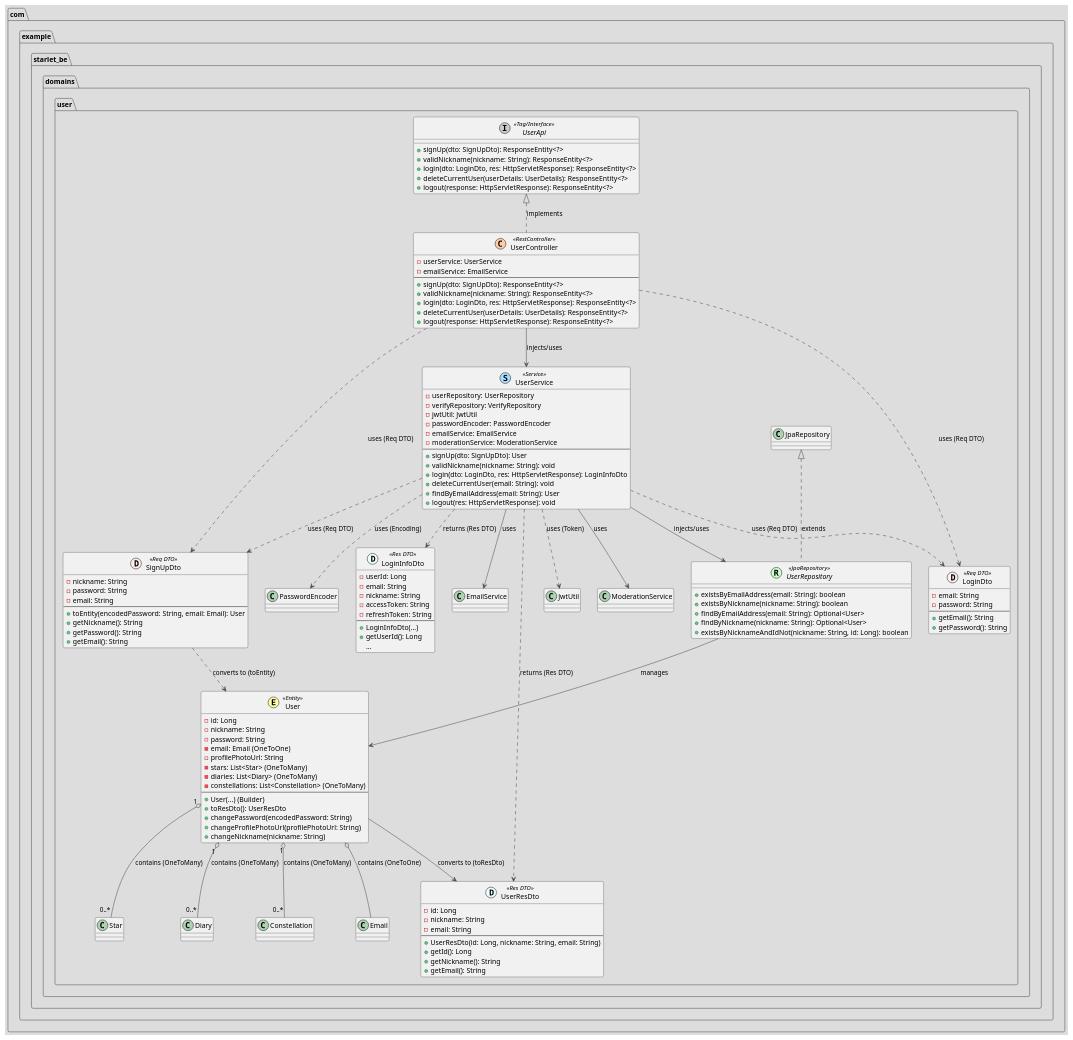
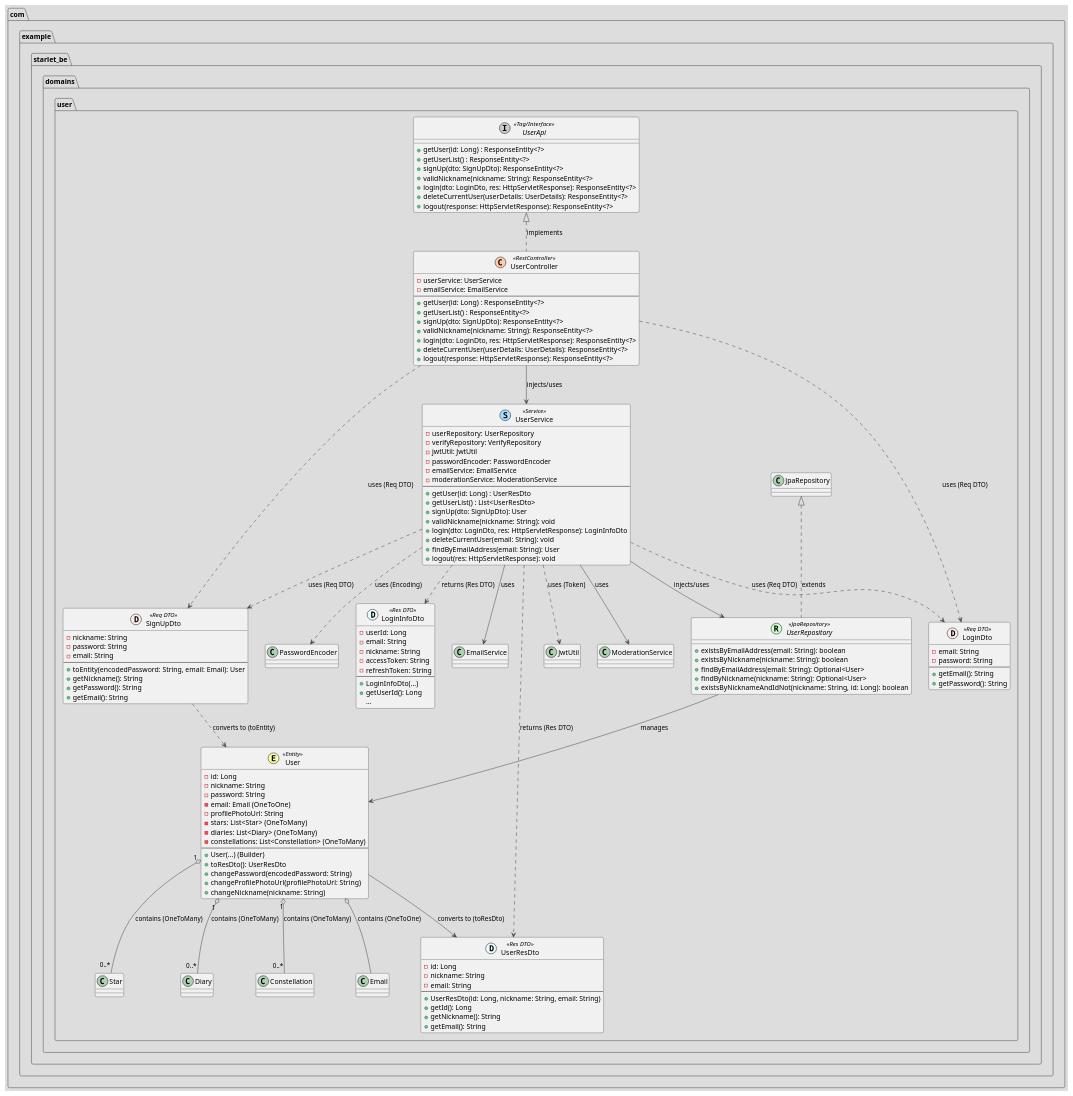
Before and after one commit to 2025-YU-SE-Project/Starlet_doc: the diagram in SDS/Class Diagram UML/user.puml, drawn with PlantUML.

Commit message:
add : 회원 조회 API 다이어그램 복구

```diff
--- a/SDS/Class Diagram UML/user.puml
+++ b/SDS/Class Diagram UML/user.puml
@@ -1,136 +1,142 @@
 @startuml
 !theme toy
 top to bottom direction
 
 package "com.example.starlet_be.domains.user" {
 
     class SignUpDto << (D,#FFEEEE) Req DTO >> {
         - nickname: String
         - password: String
         - email: String
         --
         + toEntity(encodedPassword: String, email: Email): User
         + getNickname(): String
         + getPassword(): String
         + getEmail(): String
     }
 
     class LoginDto << (D,#FFEEEE) Req DTO >> {
         - email: String
         - password: String
         --
         + getEmail(): String
         + getPassword(): String
     }
 
     class UserResDto << (D,#EEFFFF) Res DTO >> {
         - id: Long
         - nickname: String
         - email: String
         --
         + UserResDto(id: Long, nickname: String, email: String)
         + getId(): Long
         + getNickname(): String
         + getEmail(): String
     }
 
     class LoginInfoDto << (D,#EEFFFF) Res DTO >> {
         - userId: Long
         - email: String
         - nickname: String
         - accessToken: String
         - refreshToken: String
         --
         + LoginInfoDto(...)
         + getUserId(): Long
         ...
     }
 
     class User << (E,#FFFFAA) Entity >> {
         - id: Long
         - nickname: String
         - password: String
         - email: Email (OneToOne)
         - profilePhotoUrl: String
         - stars: List<Star> (OneToMany)
         - diaries: List<Diary> (OneToMany)
         - constellations: List<Constellation> (OneToMany)
         --
         + User(...) (Builder)
         + toResDto(): UserResDto
         + changePassword(encodedPassword: String)
         + changeProfilePhotoUrl(profilePhotoUrl: String)
         + changeNickname(nickname: String)
     }
 
     interface UserRepository << (R,#CCFFCC) JpaRepository >> {
         + existsByEmailAddress(email: String): boolean
         + existsByNickname(nickname: String): boolean
         + findByEmailAddress(email: String): Optional<User>
         + findByNickname(nickname: String): Optional<User>
         + existsByNicknameAndIdNot(nickname: String, id: Long): boolean
     }
 
     class UserService << (S,#AADDFF) Service >> {
         - userRepository: UserRepository
         - verifyRepository: VerifyRepository
         - jwtUtil: JwtUtil
         - passwordEncoder: PasswordEncoder
         - emailService: EmailService
         - moderationService: ModerationService
         --
+        + getUser(id: Long) : UserResDto
+        + getUserList() : List<UserResDto>
         + signUp(dto: SignUpDto): User
         + validNickname(nickname: String): void
         + login(dto: LoginDto, res: HttpServletResponse): LoginInfoDto
         + deleteCurrentUser(email: String): void
         + findByEmailAddress(email: String): User
         + logout(res: HttpServletResponse): void
     }
 
     interface UserApi << (I,#CCCCCC) Tag/Interface >> {
+        + getUser(id: Long) : ResponseEntity<?>
+        + getUserList() : ResponseEntity<?>
         + signUp(dto: SignUpDto): ResponseEntity<?>
         + validNickname(nickname: String): ResponseEntity<?>
         + login(dto: LoginDto, res: HttpServletResponse): ResponseEntity<?>
         + deleteCurrentUser(userDetails: UserDetails): ResponseEntity<?>
         + logout(response: HttpServletResponse): ResponseEntity<?>
     }
 
     class UserController << (C,#FFCCAA) RestController >> {
         - userService: UserService
         - emailService: EmailService
         --
+        + getUser(id: Long) : ResponseEntity<?>
+        + getUserList() : ResponseEntity<?>
         + signUp(dto: SignUpDto): ResponseEntity<?>
         + validNickname(nickname: String): ResponseEntity<?>
         + login(dto: LoginDto, res: HttpServletResponse): ResponseEntity<?>
         + deleteCurrentUser(userDetails: UserDetails): ResponseEntity<?>
         + logout(response: HttpServletResponse): ResponseEntity<?>
     }
 
     UserController .up.|> UserApi : implements
     UserController --> UserService : injects/uses
     UserController ..> SignUpDto : uses (Req DTO)
     UserController ..> LoginDto : uses (Req DTO)
 
     UserService --> UserRepository : injects/uses
     UserService ..> SignUpDto : uses (Req DTO)
     UserService ..> LoginDto : uses (Req DTO)
     UserService ..> LoginInfoDto : returns (Res DTO)
     UserService ..> UserResDto : returns (Res DTO)
     UserService --> EmailService : uses
     UserService --> ModerationService : uses
 
     UserRepository .up.|> JpaRepository : extends
     UserRepository --> User : manages
 
     User --> UserResDto : converts to (toResDto)
 
     SignUpDto ..> User : converts to (toEntity)
 
     UserService ..> JwtUtil : uses (Token)
     UserService ..> PasswordEncoder : uses (Encoding)
     User o-- Email : contains (OneToOne)
     User "1" o-- "0..*" Star : contains (OneToMany)
     User "1" o-- "0..*" Diary : contains (OneToMany)
     User "1" o-- "0..*" Constellation : contains (OneToMany)
 }
 @enduml
```
